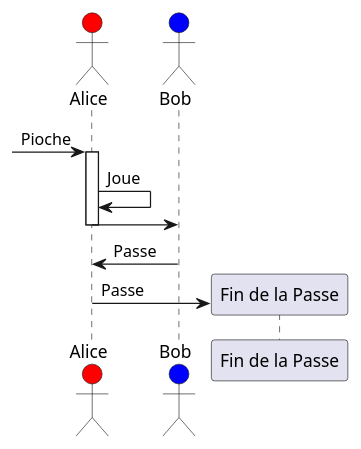
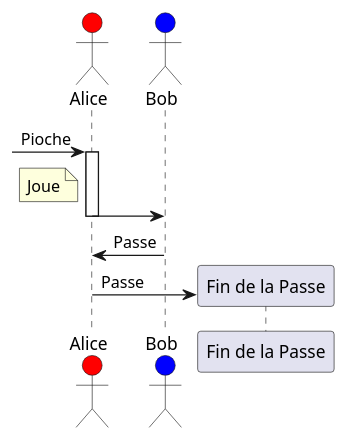
The fourth of 7 diagrams in sphérier/référence/phases-de-jeu/combat.md (de-dale/wiki), drawn with PlantUML before and after one commit. The commit also changed other lines of this file, not shown here.

````diff
--- a/sphérier/référence/phases-de-jeu/combat.md
+++ b/sphérier/référence/phases-de-jeu/combat.md
@@ -168,11 +171,11 @@
 ```plantuml
 actor Alice #red
 actor Bob #blue
 [-> Alice ++ : Pioche
 
-Alice -> Alice: Joue
+note left of Alice: Joue
 Alice -> Bob --
 
 Bob -> Alice : Passe
 Alice -> "Fin de la Passe" ** : Passe
 ```
````
